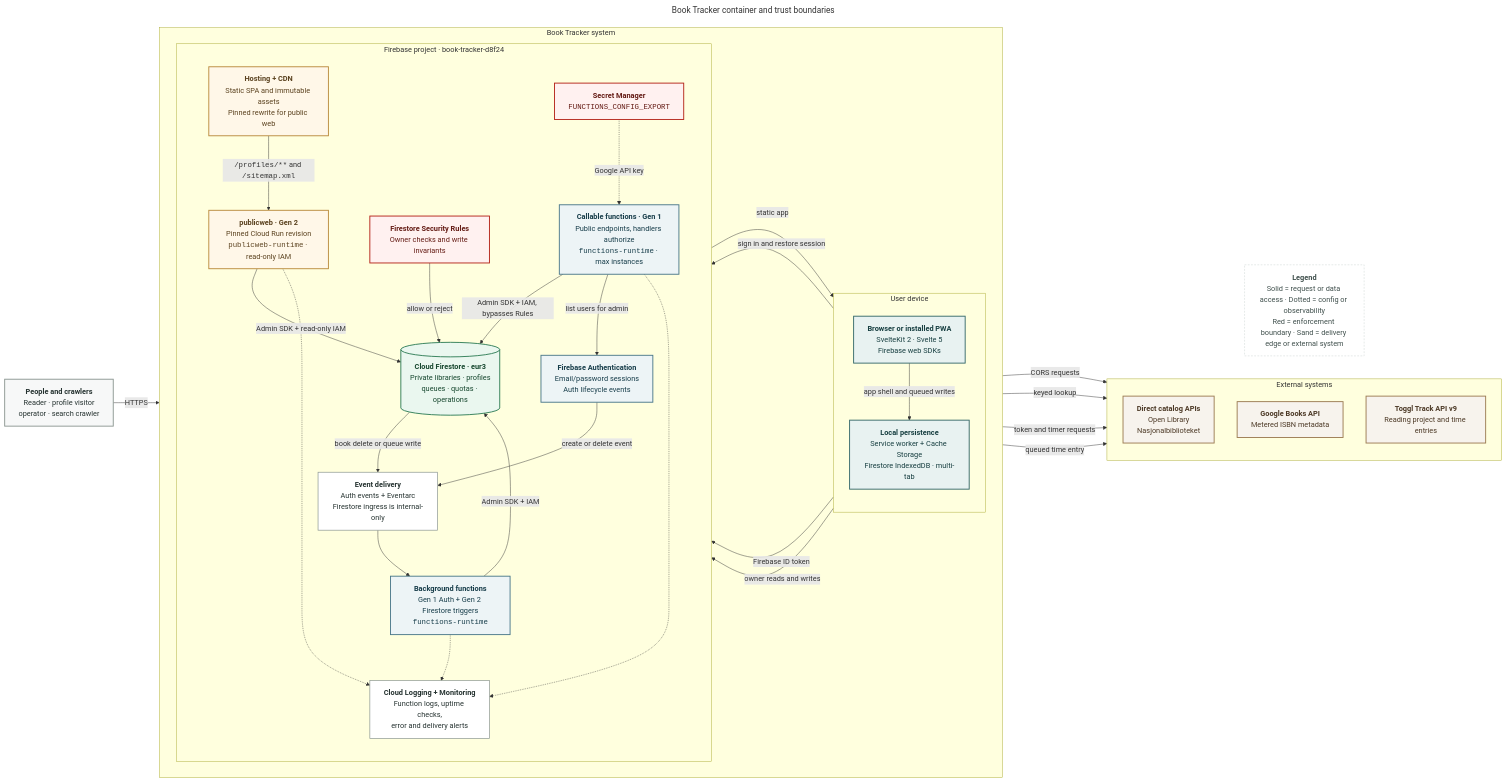
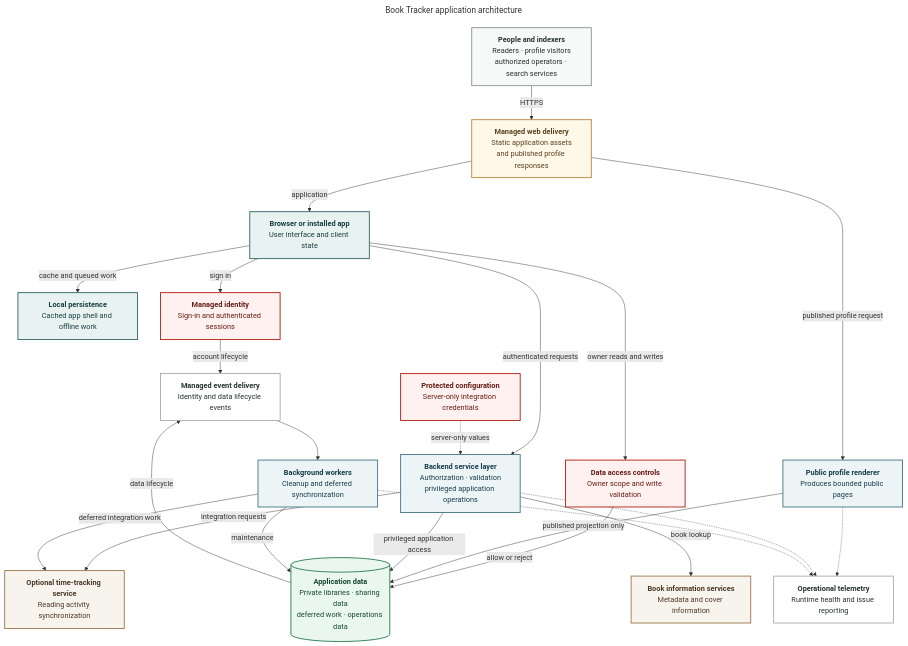
Before and after one commit to ankile/book-tracker: the diagram in docs/architecture/app-architecture.mmd, drawn with Mermaid. The commit also changed 23 other files, not shown here.

Commit message:
Publish sanitized architecture and current runbooks

```diff
--- a/docs/architecture/app-architecture.mmd
+++ b/docs/architecture/app-architecture.mmd
@@ -1,80 +1,60 @@
 ---
-title: Book Tracker container and trust boundaries
+title: Book Tracker application architecture
 ---
-flowchart LR
-  accTitle: Book Tracker container and trust boundaries
-  accDescr: The browser and Firebase Hosting form the delivery edge. Browser Firestore access is checked by Security Rules. Cloud Functions use Admin SDK access governed by two IAM service accounts. Direct catalog requests stay in the browser, while Google Books and Toggl requests run through Cloud Functions.
+flowchart TB
+  accTitle: Book Tracker application architecture and trust boundaries
+  accDescr: A managed delivery layer serves the web app and published profile pages. The browser uses managed identity and owner-scoped data permissions. Backend services handle privileged operations and external integrations. Background jobs process lifecycle events and deferred work.
 
   classDef person fill:#f7f8f8,stroke:#8b9691,color:#263331,stroke-width:2px;
   classDef client fill:#e8f2f1,stroke:#35686a,color:#173f41,stroke-width:2px;
-  classDef edge fill:#fff7e8,stroke:#b98a3c,color:#5b421f,stroke-width:2px;
-  classDef firebase fill:#edf4f6,stroke:#497789,color:#173d4a,stroke-width:2px;
+  classDef delivery fill:#fff7e8,stroke:#b98a3c,color:#5b421f,stroke-width:2px;
+  classDef service fill:#edf4f6,stroke:#497789,color:#173d4a,stroke-width:2px;
   classDef data fill:#eaf7ef,stroke:#2e7d55,color:#17482f,stroke-width:2px;
   classDef external fill:#f7f3ed,stroke:#9b7b52,color:#4c3926,stroke-width:2px;
   classDef security fill:#fff1f0,stroke:#b42318,color:#651c15,stroke-width:2px;
   classDef neutral fill:#ffffff,stroke:#8b9691,color:#263331,stroke-width:1.5px;
-  classDef legend fill:#ffffff,stroke:#c9d1cf,color:#40504d,stroke-width:1px,stroke-dasharray:4 3;
 
-  people["<b>People and crawlers</b><br/>Reader · profile visitor<br/>operator · search crawler"]:::person
+  people["<b>People and indexers</b><br/>Readers · profile visitors<br/>authorized operators · search services"]:::person
+  delivery["<b>Managed web delivery</b><br/>Static application assets<br/>and published profile responses"]:::delivery
+  browser["<b>Browser or installed app</b><br/>User interface and client state"]:::client
+  local["<b>Local persistence</b><br/>Cached app shell and offline work"]:::client
 
-  subgraph booktracker[Book Tracker system]
-    direction LR
+  identity["<b>Managed identity</b><br/>Sign-in and authenticated sessions"]:::security
+  permissions["<b>Data access controls</b><br/>Owner scope and write validation"]:::security
+  appdata[("<b>Application data</b><br/>Private libraries · sharing data<br/>deferred work · operations data")]:::data
 
-    subgraph device[User device]
-      direction TB
-      browser["<b>Browser or installed PWA</b><br/>SvelteKit 2 · Svelte 5<br/>Firebase web SDKs"]:::client
-      local["<b>Local persistence</b><br/>Service worker + Cache Storage<br/>Firestore IndexedDB · multi-tab"]:::client
-      browser -->|"app shell and queued writes"| local
-    end
+  publicrenderer["<b>Public profile renderer</b><br/>Produces bounded public pages"]:::service
+  apis["<b>Backend service layer</b><br/>Authorization · validation<br/>privileged application operations"]:::service
+  events["<b>Managed event delivery</b><br/>Identity and data lifecycle events"]:::neutral
+  workers["<b>Background workers</b><br/>Cleanup and deferred synchronization"]:::service
+  configuration["<b>Protected configuration</b><br/>Server-only integration credentials"]:::security
+  observability["<b>Operational telemetry</b><br/>Runtime health and issue reporting"]:::neutral
 
-    subgraph firebase[Firebase project · book-tracker-d8f24]
-      direction TB
-      hosting["<b>Hosting + CDN</b><br/>Static SPA and immutable assets<br/>Pinned rewrite for public web"]:::edge
-      auth["<b>Firebase Authentication</b><br/>Email/password sessions<br/>Auth lifecycle events"]:::firebase
-      rules["<b>Firestore Security Rules</b><br/>Owner checks and write invariants"]:::security
-      firestore[("<b>Cloud Firestore · eur3</b><br/>Private libraries · profiles<br/>queues · quotas · operations")]:::data
-      publicweb["<b>publicweb · Gen 2</b><br/>Pinned Cloud Run revision<br/><code>publicweb-runtime</code> · read-only IAM"]:::edge
-      callables["<b>Callable functions · Gen 1</b><br/>Public endpoints, handlers authorize<br/><code>functions-runtime</code> · max instances"]:::firebase
-      eventarc["<b>Event delivery</b><br/>Auth events + Eventarc<br/>Firestore ingress is internal-only"]:::neutral
-      background["<b>Background functions</b><br/>Gen 1 Auth + Gen 2 Firestore triggers<br/><code>functions-runtime</code>"]:::firebase
-      secrets["<b>Secret Manager</b><br/><code>FUNCTIONS_CONFIG_EXPORT</code>"]:::security
-      logs["<b>Cloud Logging + Monitoring</b><br/>Function logs, uptime checks,<br/>error and delivery alerts"]:::neutral
-    end
-  end
+  catalogs["<b>Book information services</b><br/>Metadata and cover information"]:::external
+  timer["<b>Optional time-tracking service</b><br/>Reading activity synchronization"]:::external
 
-  subgraph providers[External systems]
-    direction TB
-    directCatalogs["<b>Direct catalog APIs</b><br/>Open Library<br/>Nasjonalbiblioteket"]:::external
-    google["<b>Google Books API</b><br/>Metered ISBN metadata"]:::external
-    toggl["<b>Toggl Track API v9</b><br/>Reading project and time entries"]:::external
-  end
+  people -->|"HTTPS"| delivery
+  delivery -->|"application"| browser
+  delivery -->|"published profile request"| publicrenderer
+  browser -->|"cache and queued work"| local
 
-  people -->|"HTTPS"| hosting
-  hosting -->|"static app"| browser
-  hosting -->|"<code>/profiles/**</code> and <code>/sitemap.xml</code>"| publicweb
+  browser -->|"sign in"| identity
+  browser -->|"owner reads and writes"| permissions
+  permissions -->|"allow or reject"| appdata
+  browser -->|"authenticated requests"| apis
 
-  browser -->|"sign in and restore session"| auth
-  browser -->|"Firebase ID token"| callables
-  browser -->|"owner reads and writes"| rules
-  rules -->|"allow or reject"| firestore
-  browser -->|"CORS requests"| directCatalogs
+  publicrenderer -->|"published projection only"| appdata
+  apis -->|"privileged application access"| appdata
+  configuration -. "server-only values" .-> apis
+  apis -->|"book lookup"| catalogs
+  apis -->|"integration requests"| timer
 
-  publicweb -->|"Admin SDK + read-only IAM"| firestore
-  callables -->|"Admin SDK + IAM, bypasses Rules"| firestore
-  callables -->|"list users for admin"| auth
-  secrets -. "Google API key" .-> callables
-  callables -->|"keyed lookup"| google
-  callables -->|"token and timer requests"| toggl
+  identity -->|"account lifecycle"| events
+  appdata -->|"data lifecycle"| events
+  events --> workers
+  workers -->|"maintenance"| appdata
+  workers -->|"deferred integration work"| timer
 
-  auth -->|"create or delete event"| eventarc
-  firestore -->|"book delete or queue write"| eventarc
-  eventarc --> background
-  background -->|"Admin SDK + IAM"| firestore
-  background -->|"queued time entry"| toggl
-
-  publicweb -.-> logs
-  callables -.-> logs
-  background -.-> logs
-
-  legend["<b>Legend</b><br/>Solid = request or data access · Dotted = config or observability<br/>Red = enforcement boundary · Sand = delivery edge or external system"]:::legend
-  logs ~~~ legend
+  publicrenderer -.-> observability
+  apis -.-> observability
+  workers -.-> observability
```
